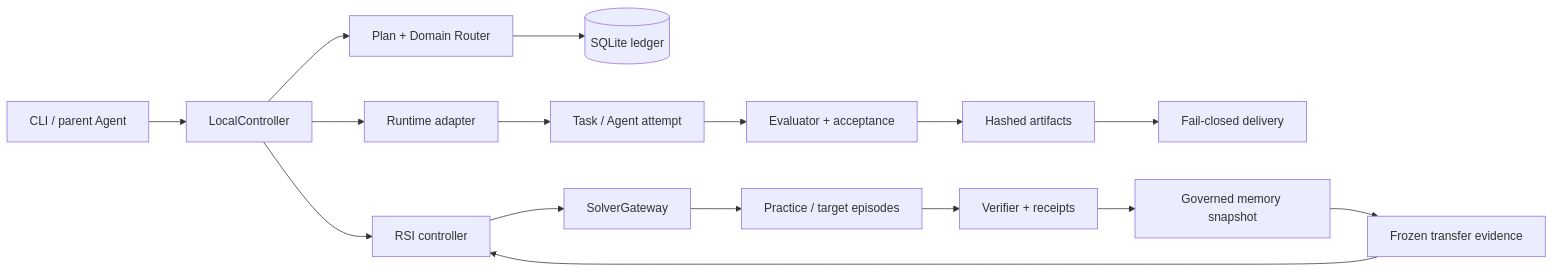
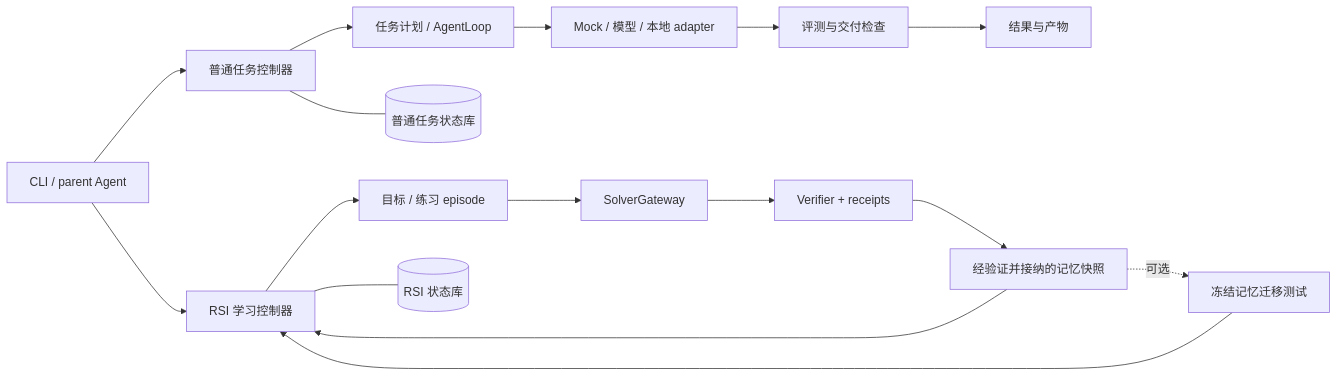
One commit to vchive/Lunar-Evolution changed the diagram in README.md. Above: the diagram before and after it, drawn with Mermaid. The commit also changed other lines of this file and 15 other files, not shown here.

Commit message:
feat: complete opt-in single child execution flow

````diff
--- a/README.md
+++ b/README.md
@@ -138,19 +130,19 @@
 ```mermaid
 flowchart LR
-    U[CLI / parent Agent] --> C[LocalController]
-    C --> P[Plan + Domain Router]
-    P --> L[(SQLite ledger)]
-    C --> R[Runtime adapter]
-    R --> T[Task / Agent attempt]
-    T --> E[Evaluator + acceptance]
-    E --> A[Hashed artifacts]
-    A --> D[Fail-closed delivery]
+    U[CLI / parent Agent] --> C[普通任务控制器]
+    C --> P[任务计划 / AgentLoop]
+    P --> R[Mock / 模型 / 本地 adapter]
+    R --> E[评测与交付检查]
+    E --> A[结果与产物]
+    C --- L[(普通任务状态库)]
 
-    C --> X[RSI controller]
-    X --> G[SolverGateway]
-    G --> Q[Practice / target episodes]
-    Q --> V[Verifier + receipts]
-    V --> M[Governed memory snapshot]
-    M --> H[Frozen transfer evidence]
+    U --> X[RSI 学习控制器]
+    X --> Q[目标 / 练习 episode]
+    Q --> G[SolverGateway]
+    G --> V[Verifier + receipts]
+    V --> M[经验证并接纳的记忆快照]
+    M --> X
+    M -. 可选 .-> H[冻结记忆迁移测试]
     H --> X
+    X --- S[(RSI 状态库)]
 ```
````
